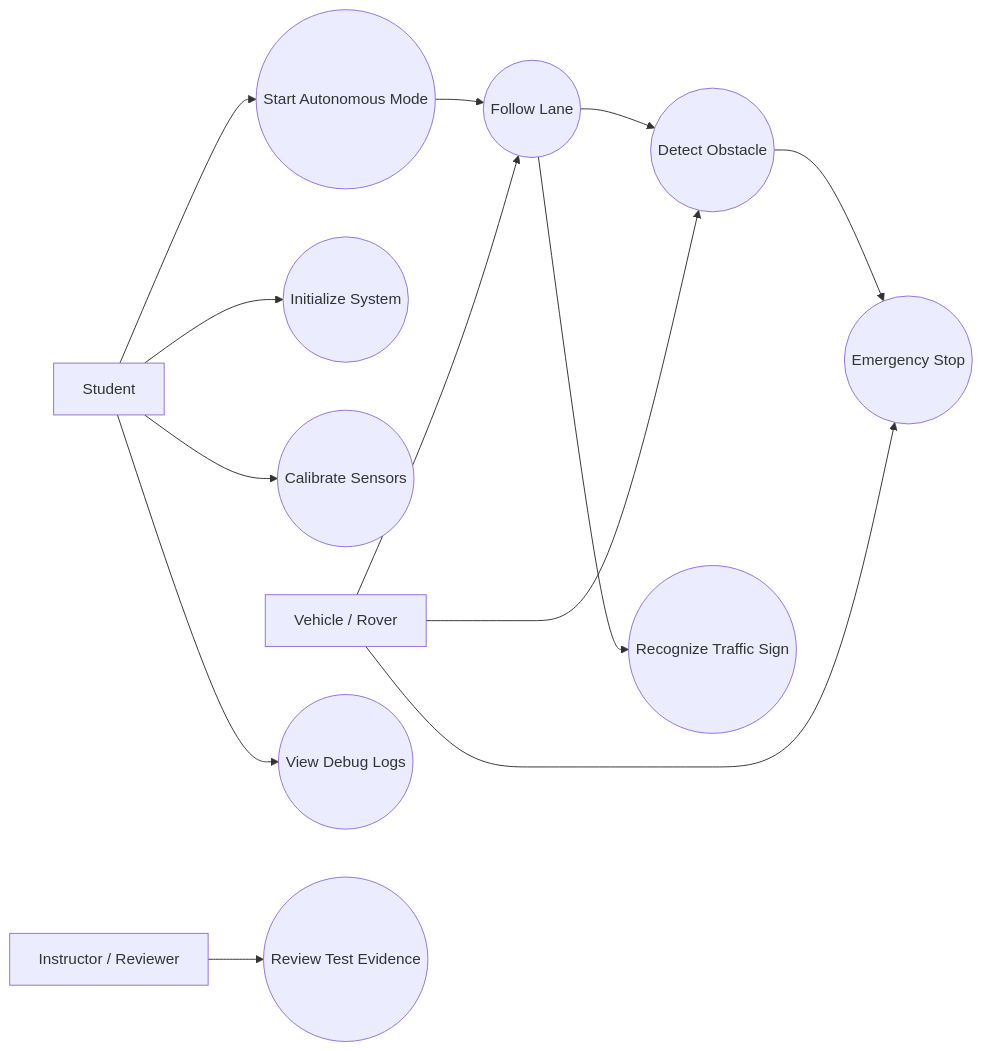
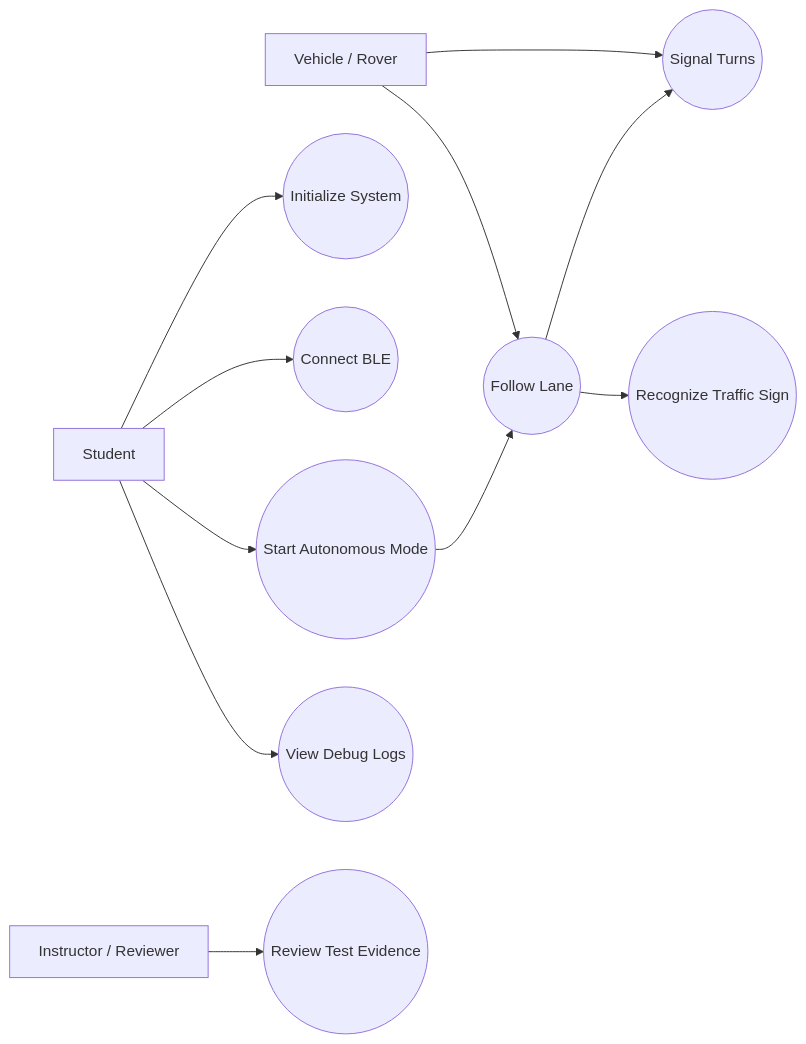
Before and after one commit to Cata1022/Autonomous-Vehicle-NXP-IPCEI-GenAI-Embedded-Summer-School: the first of 2 diagrams in README.md, drawn with Mermaid. The commit also changed other lines of this file and 1606 other files, not shown here.

````diff
--- a/README.md
+++ b/README.md
@@ -61,29 +54,26 @@
 ```mermaid
 flowchart LR
     Student[Student]
     Instructor[Instructor / Reviewer]
     Vehicle[Vehicle / Rover]
 
     UC1((Initialize System))
-    UC2((Calibrate Sensors))
+    UC2((Connect BLE))
     UC3((Start Autonomous Mode))
     UC4((Follow Lane))
-    UC5((Detect Obstacle))
-    UC6((Emergency Stop))
-    UC7((Recognize Traffic Sign))
-    UC8((View Debug Logs))
-    UC9((Review Test Evidence))
+    UC5((Signal Turns))
+    UC6((Recognize Traffic Sign))
+    UC7((View Debug Logs))
+    UC8((Review Test Evidence))
 
     Student --> UC1
     Student --> UC2
     Student --> UC3
-    Student --> UC8
+    Student --> UC7
     UC3 --> UC4
     UC4 --> UC5
-    UC5 --> UC6
-    UC4 --> UC7
+    UC4 --> UC6
     Vehicle --> UC4
     Vehicle --> UC5
-    Vehicle --> UC6
-    Instructor --> UC9
+    Instructor --> UC8
 ```
````
